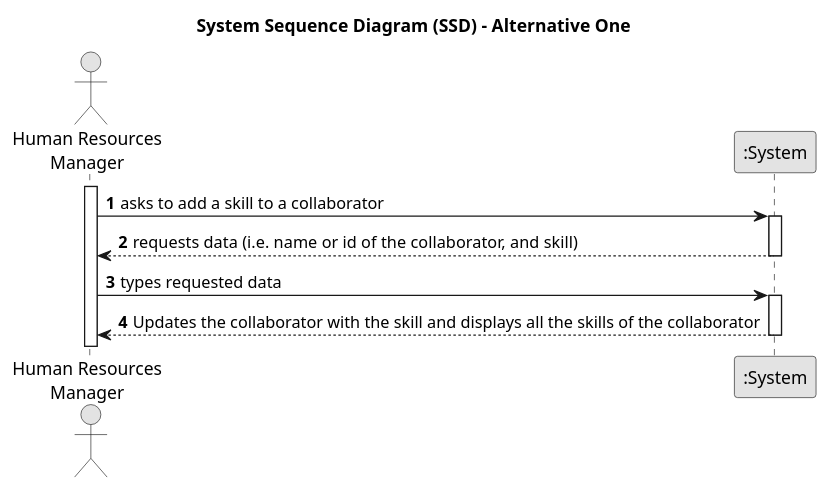
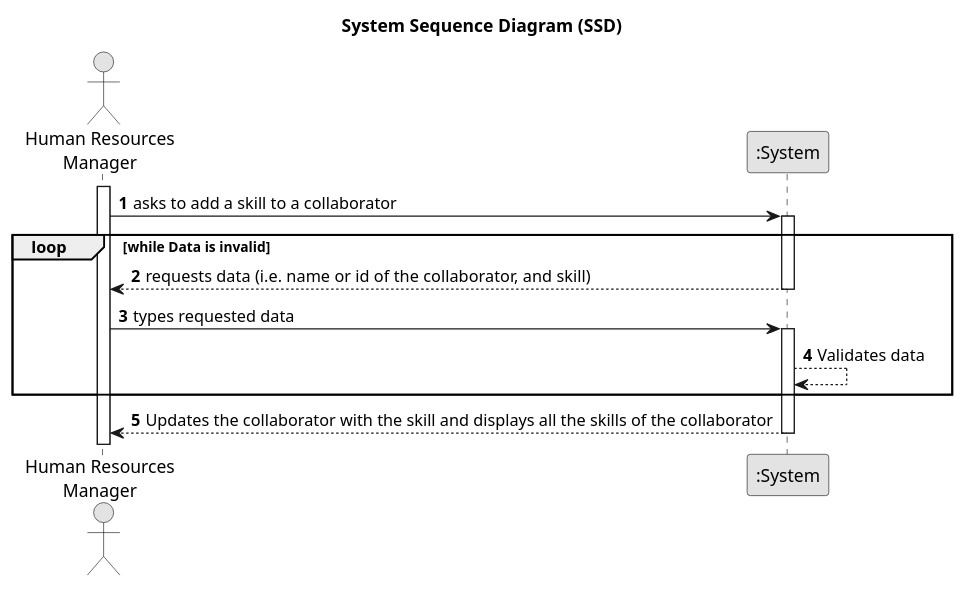
One commit to RicardoMorim/lapr2-ISEP-Project changed the diagram in docs/sprintA/us004/01.requirements-engineering/puml/us004-alternative-one.puml. Above: the diagram before and after it, drawn with PlantUML. The commit also changed 10 other files, not shown here.

```diff
--- a/docs/sprintA/us004/01.requirements-engineering/puml/us004-alternative-one.puml
+++ b/docs/sprintA/us004/01.requirements-engineering/puml/us004-alternative-one.puml
@@ -1,29 +1,31 @@
 @startuml
 skinparam monochrome true
 skinparam packageStyle rectangle
 skinparam shadowing false
 
-title System Sequence Diagram (SSD) - Alternative One
+title System Sequence Diagram (SSD)
 
 autonumber
 
 actor "Human Resources\nManager" as Employee
 participant ":System" as System
 
 activate Employee
 
     Employee -> System : asks to add a skill to a collaborator
     activate System
 
+    loop while Data is invalid
         System --> Employee : requests data (i.e. name or id of the collaborator, and skill)
+        deactivate System
+
+        Employee -> System : types requested data
+        activate System
+
+        System --> System : Validates data
+    end
+
+    System --> Employee : Updates the collaborator with the skill and displays all the skills of the collaborator
     deactivate System
 
-    Employee -> System : types requested data
-    activate System
-
-        System --> Employee : Updates the collaborator with the skill and displays all the skills of the collaborator
-    deactivate System
-
-
-
 @enduml
```
